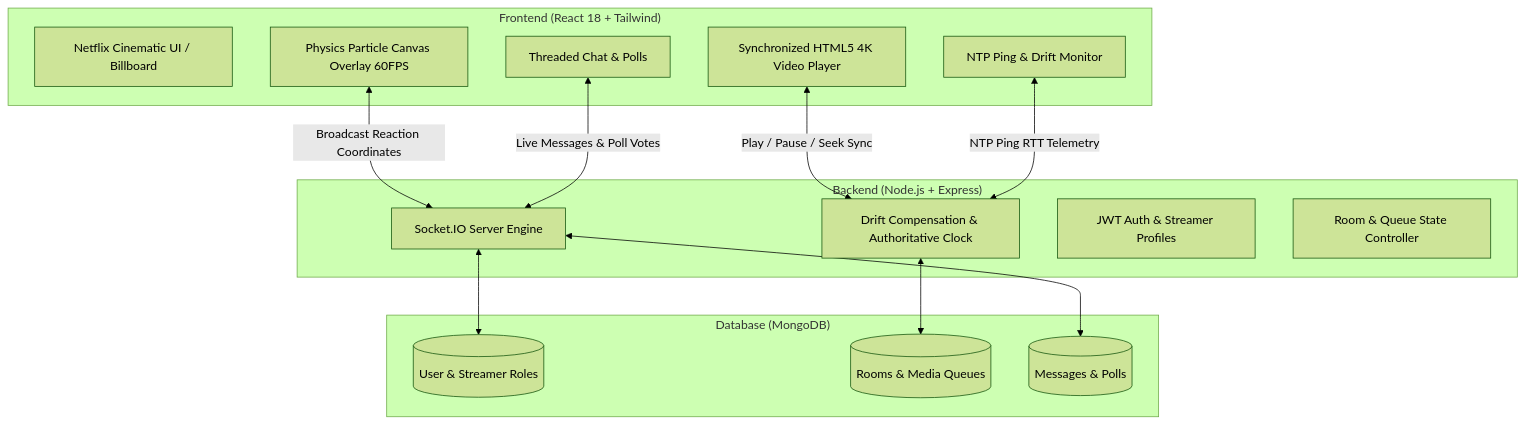
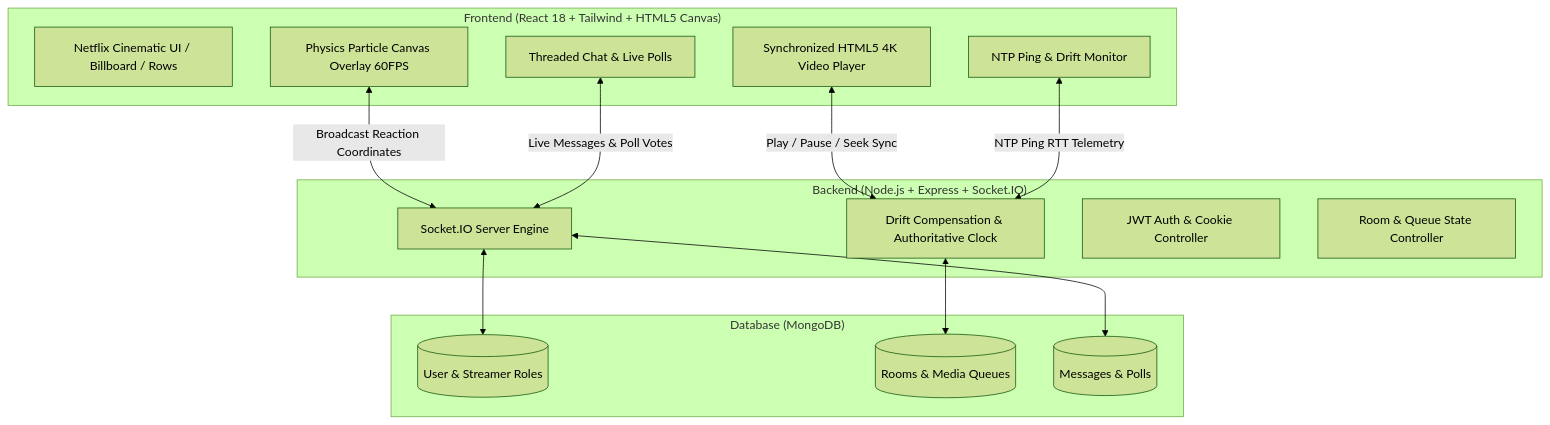
Before and after one commit to Hardik2811-wq/CastStream: the diagram in README.md, drawn with Mermaid (forest theme). The commit also changed other lines of this file, not shown here.

````diff
--- a/README.md
+++ b/README.md
@@ -28,31 +50,31 @@
 ```mermaid
 flowchart TD
-    subgraph Client ["Frontend (React 18 + Tailwind)"]
-        UI[Netflix Cinematic UI / Billboard]
+    subgraph Client ["Frontend (React 18 + Tailwind + HTML5 Canvas)"]
+        UI[Netflix Cinematic UI / Billboard / Rows]
         Player[Synchronized HTML5 4K Video Player]
         Canvas[Physics Particle Canvas Overlay 60FPS]
-        Chat[Threaded Chat & Polls]
+        Chat[Threaded Chat & Live Polls]
         Telemetry[NTP Ping & Drift Monitor]
     end
 
-    subgraph Server ["Backend (Node.js + Express)"]
+    subgraph Server ["Backend (Node.js + Express + Socket.IO)"]
         SocketServer[Socket.IO Server Engine]
         SyncEngine[Drift Compensation & Authoritative Clock]
-        AuthRouter[JWT Auth & Streamer Profiles]
+        AuthRouter[JWT Auth & Cookie Controller]
         RoomRouter[Room & Queue State Controller]
     end
 
     subgraph Storage ["Database (MongoDB)"]
         UserCol[(User & Streamer Roles)]
         RoomCol[(Rooms & Media Queues)]
         MsgCol[(Messages & Polls)]
     end
 
     Player <-->|Play / Pause / Seek Sync| SyncEngine
     Canvas <-->|Broadcast Reaction Coordinates| SocketServer
     Chat <-->|Live Messages & Poll Votes| SocketServer
     Telemetry <-->|NTP Ping RTT Telemetry| SyncEngine
     SyncEngine <--> RoomCol
     SocketServer <--> UserCol
     SocketServer <--> MsgCol
 ```
````
